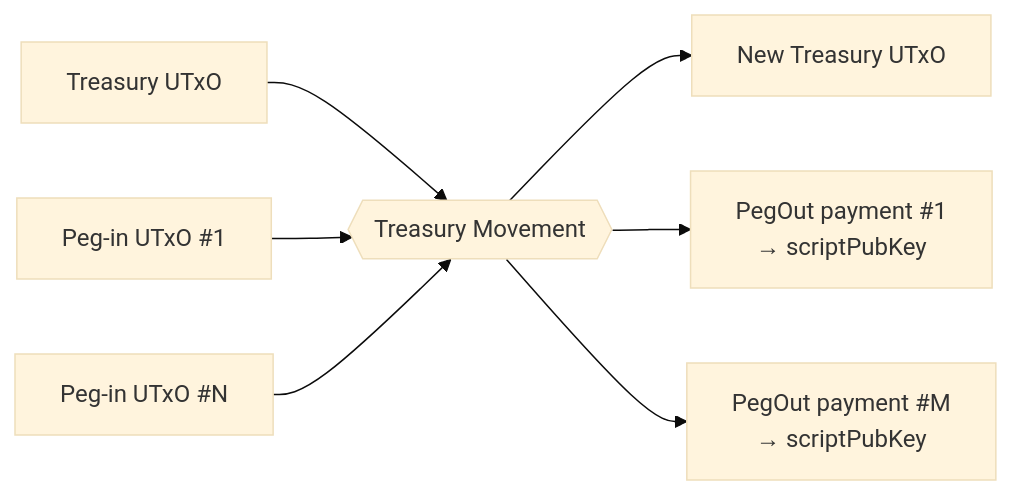
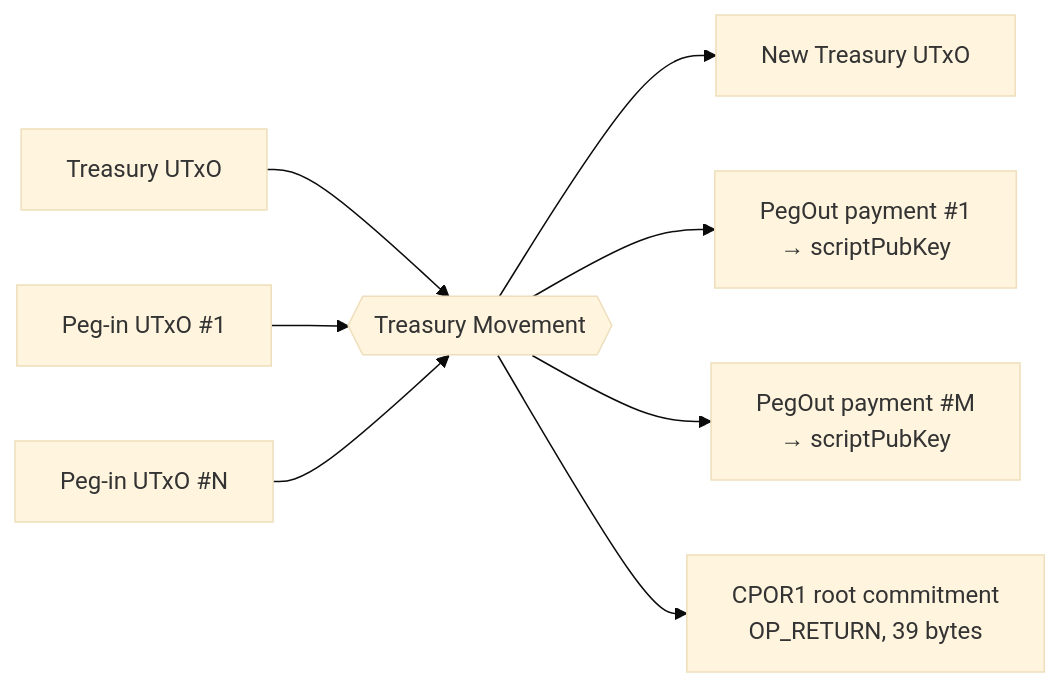
Before and after one commit to rssh/ft-bifrost-bridge: diagram 12 of 20 in documentation/technical_documentation.md, drawn with Mermaid (base theme). The commit also changed other lines of this file and 1 other file, not shown here.

````diff
--- a/documentation/technical_documentation.md
+++ b/documentation/technical_documentation.md
@@ -1681,9 +1757,10 @@
 ```mermaid
 flowchart LR
   tres_in["Treasury UTxO"] --> tx{{"Treasury Movement"}}
   pin1["Peg-in UTxO #1"] --> tx
   pinN["Peg-in UTxO #N"] --> tx
   tx --> tres_out["New Treasury UTxO<br/>"]
   tx --> pay1["PegOut payment #1<br/>→ scriptPubKey"]
   tx --> payM["PegOut payment #M<br/>→ scriptPubKey"]
+  tx --> commit["CPOR1 root commitment<br/>OP_RETURN, 39 bytes"]
 ```
````
